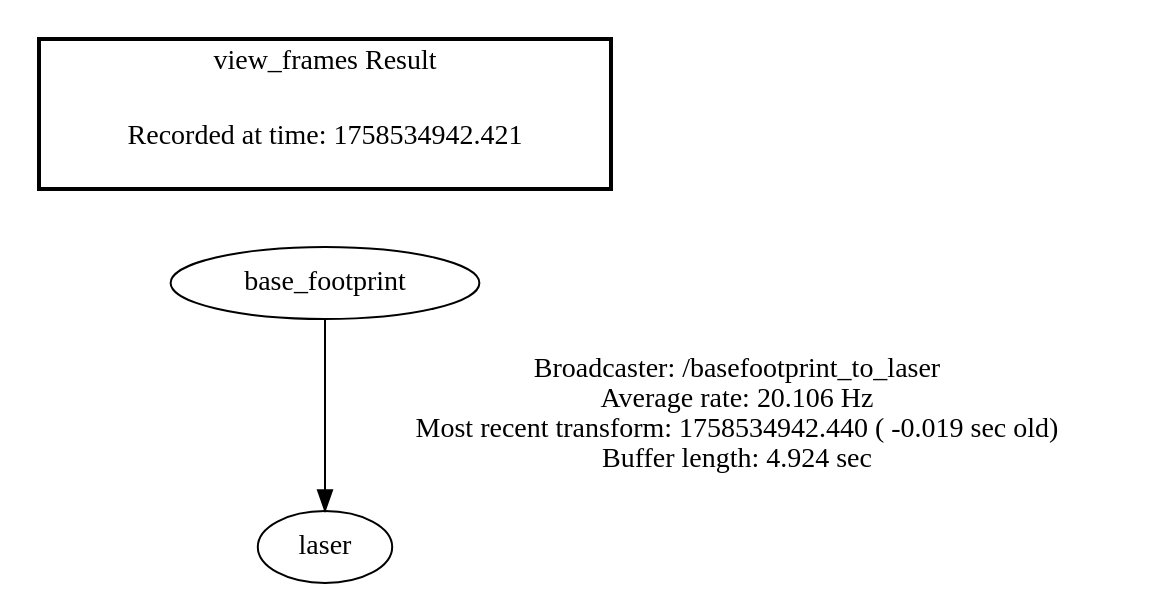
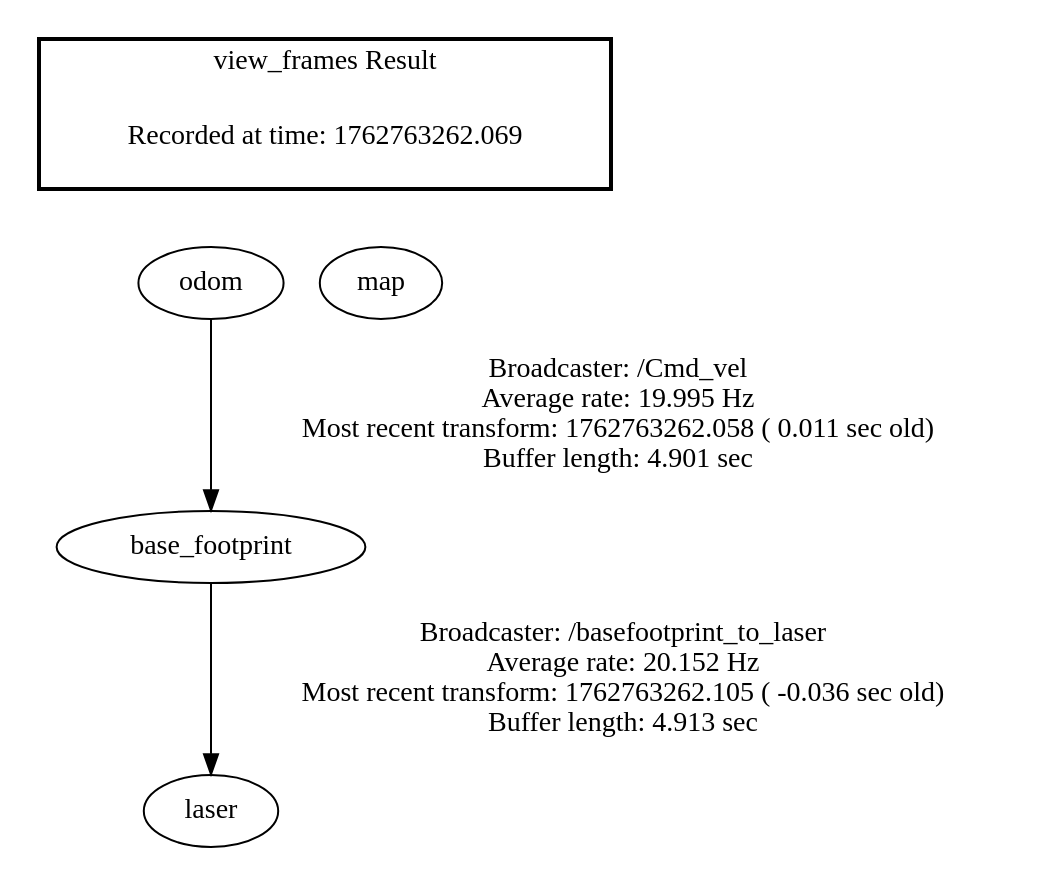
Before and after one commit to hcmutduygit/robot_fablab_ws: the diagram in frames.gv, drawn with Graphviz. The commit also changed 5 other files, not shown here.

```diff
--- a/frames.gv
+++ b/frames.gv
@@ -1,7 +1,12 @@
 digraph G {
-"base_footprint" -> "laser"[label="Broadcaster: /basefootprint_to_laser\nAverage rate: 20.106 Hz\nMost recent transform: 1758534942.440 ( -0.019 sec old)\nBuffer length: 4.924 sec\n"];
+"base_footprint" -> "laser"[label="Broadcaster: /basefootprint_to_laser\nAverage rate: 20.152 Hz\nMost recent transform: 1762763262.105 ( -0.036 sec old)\nBuffer length: 4.913 sec\n"];
+"odom" -> "base_footprint"[label="Broadcaster: /Cmd_vel\nAverage rate: 19.995 Hz\nMost recent transform: 1762763262.058 ( 0.011 sec old)\nBuffer length: 4.901 sec\n"];
 edge [style=invis];
  subgraph cluster_legend { style=bold; color=black; label ="view_frames Result";
-"Recorded at time: 1758534942.421"[ shape=plaintext ] ;
- }->"base_footprint";
+"Recorded at time: 1762763262.069"[ shape=plaintext ] ;
+ }->"odom";
+edge [style=invis];
+ subgraph cluster_legend { style=bold; color=black; label ="view_frames Result";
+"Recorded at time: 1762763262.069"[ shape=plaintext ] ;
+ }->"map";
 }
```
